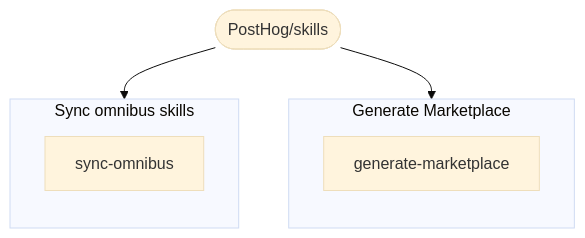
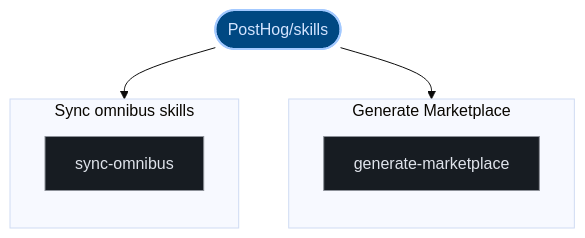
One commit to kumarshaz/atruss-code-atlas changed the second of 2 diagrams in exports/latest/reports/PostHog-skills-report.md. Above: the diagram before and after it, drawn with Mermaid (base theme). The commit also changed other lines of this file and 331 other files, not shown here.

Commit message:
docs,ui,fix: update SDLC docs, reorder CI/CD DAG first, stylize Mermaid, and fix Arc42 pipeline topology

````diff
--- a/exports/latest/reports/PostHog-skills-report.md
+++ b/exports/latest/reports/PostHog-skills-report.md
@@ -73,14 +80,21 @@
 ```mermaid
 graph TD;
-  pipeline_root(["PostHog/skills"])
+  classDef atlasRoot fill:#004882,stroke:#a3c9ff,stroke-width:2px,color:#d3e4ff
+  classDef atlasCategory fill:#212428,stroke:#E87A48,stroke-width:1.5px,color:#dfe3eb
+  classDef atlasWorkflow fill:#1b2026,stroke:#a3c9ff,stroke-width:1.5px,color:#dfe3eb
+  classDef atlasJob fill:#171c22,stroke:#8d9199,stroke-width:1px,color:#dfe3eb
+  classDef atlasTarget fill:#005227,stroke:#8bd99b,stroke-width:1.5px,color:#a7f6b6
+  classDef atlasAlert fill:#93000a,stroke:#ffb4ab,stroke-width:1.5px,color:#ffdad6
+  classDef atlasMore fill:#252a31,stroke:#8d9199,stroke-dasharray:4 4,color:#c3c6cf
+  pipeline_root(["PostHog/skills"]):::atlasRoot
   subgraph Generate_Marketplace_0["Generate Marketplace"]
     direction TB
-    0_generate_marketplace["generate-marketplace"]
+    0_generate_marketplace["generate-marketplace"]:::atlasJob
   end
   pipeline_root --> 0_generate_marketplace
   subgraph Sync_omnibus_skills_1["Sync omnibus skills"]
     direction TB
-    1_sync_omnibus["sync-omnibus"]
+    1_sync_omnibus["sync-omnibus"]:::atlasJob
   end
   pipeline_root --> 1_sync_omnibus
 ```
````
